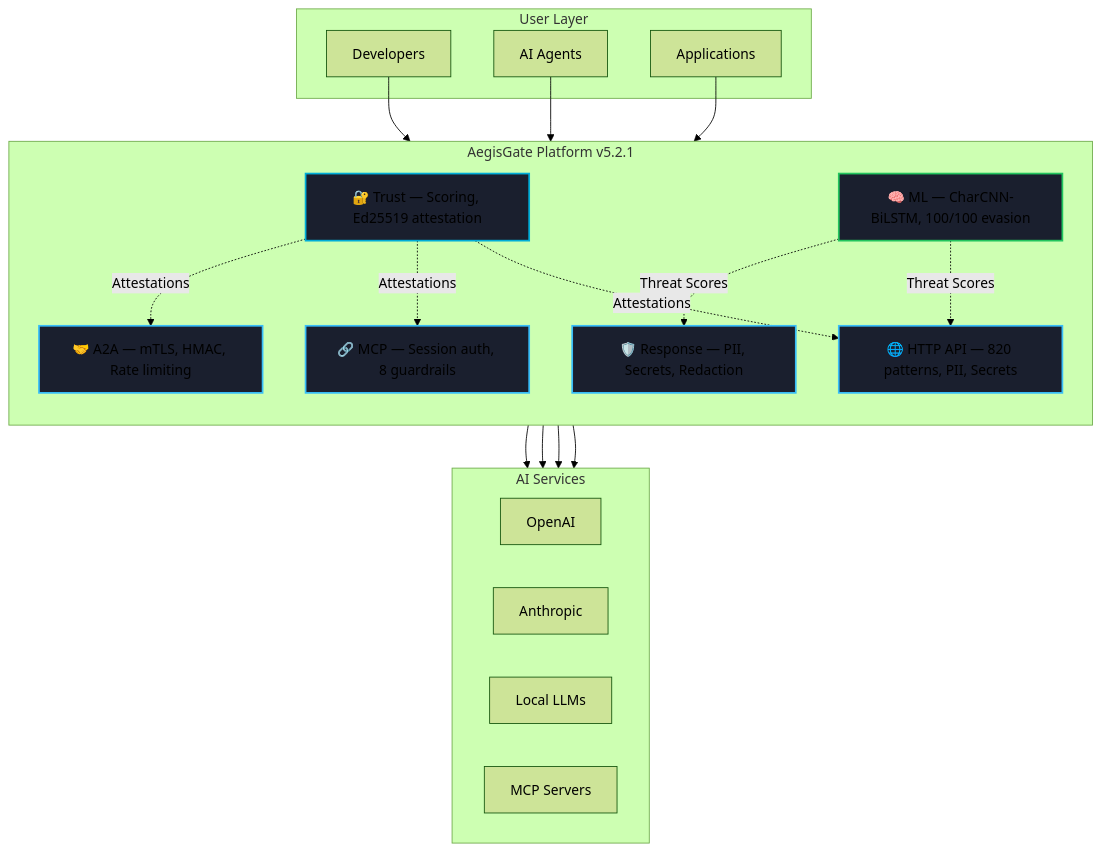
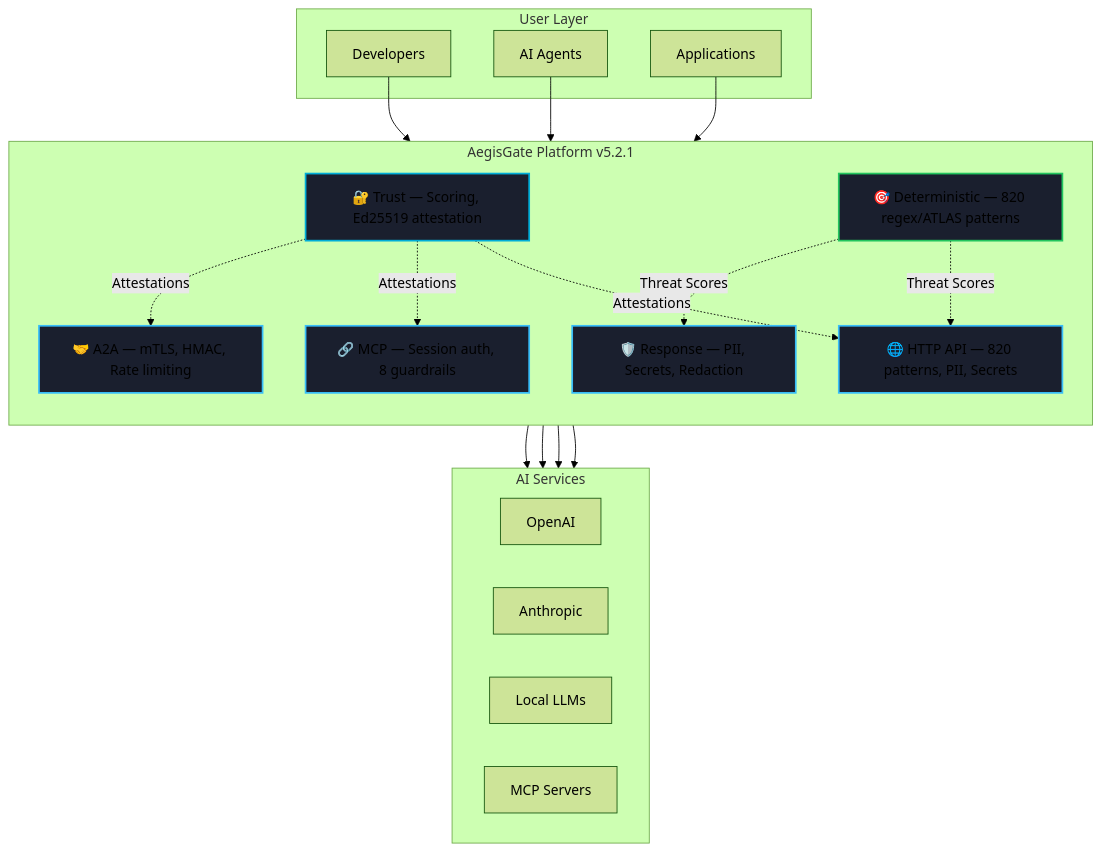
Before and after one commit to aegisgatesecurity/aegisgate-site: the first of 2 diagrams in content/platform/_index.md, drawn with Mermaid (forest theme). The commit also changed other lines of this file and 42 other files, not shown here.

```diff
--- a/content/platform/_index.md
+++ b/content/platform/_index.md
@@ -133,47 +133,47 @@
 {{< mermaid >}}
 flowchart TD
     subgraph UserLayer["User Layer"]
         A[Developers]
         B[AI Agents]
         C[Applications]
     end
 
     subgraph Platform["AegisGate Platform v5.2.1"]
         direction TB
         P1["🌐 HTTP API — 820 patterns, PII, Secrets"]
         P2["🔗 MCP — Session auth, 8 guardrails"]
         P3["🤝 A2A — mTLS, HMAC, Rate limiting"]
         P4["🛡️ Response — PII, Secrets, Redaction"]
         P5["🔐 Trust — Scoring, Ed25519 attestation"]
-        P6["🧠 ML — CharCNN-BiLSTM, 100/100 evasion"]
+        P6["🎯 Deterministic — 820 regex/ATLAS patterns"]
     end
 
     subgraph Output["AI Services"]
         D[OpenAI]
         E[Anthropic]
         F[Local LLMs]
         G[MCP Servers]
     end
 
     A --> Platform
     B --> Platform
     C --> Platform
     
     P1 --> Output
     P2 --> Output
     P3 --> Output
     P4 --> Output
     
     P5 -.->|Attestations| P1
     P5 -.->|Attestations| P2
     P5 -.->|Attestations| P3
     P6 -.->|Threat Scores| P1
     P6 -.->|Threat Scores| P4
 
     style P1 fill:#1a1f2e,stroke:#38bdf8,stroke-width:2px
     style P2 fill:#1a1f2e,stroke:#38bdf8,stroke-width:2px
     style P3 fill:#1a1f2e,stroke:#38bdf8,stroke-width:2px
     style P4 fill:#1a1f2e,stroke:#38bdf8,stroke-width:2px
     style P5 fill:#1a1f2e,stroke:#00ADD8,stroke-width:2px
     style P6 fill:#1a1f2e,stroke:#22c55e,stroke-width:2px
 {{< /mermaid >}}
```
